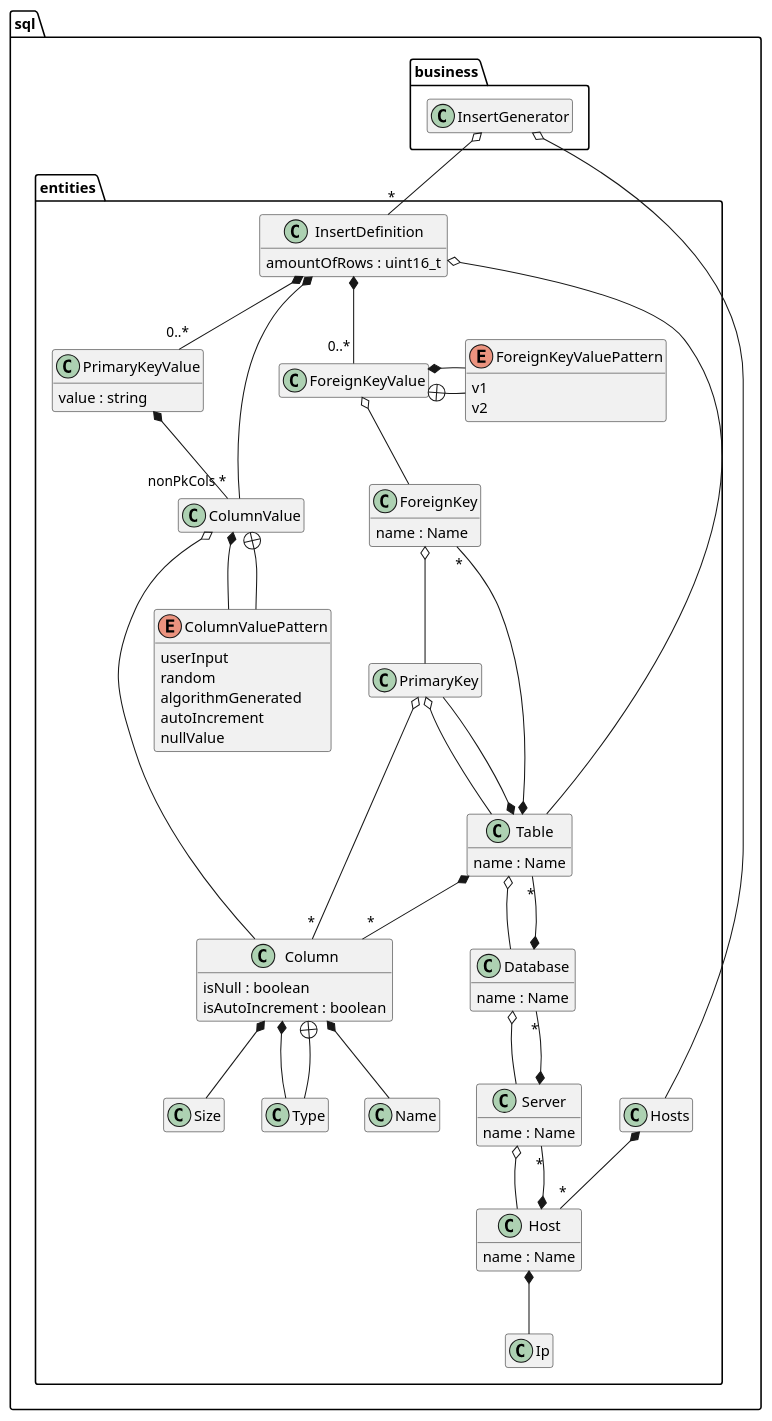
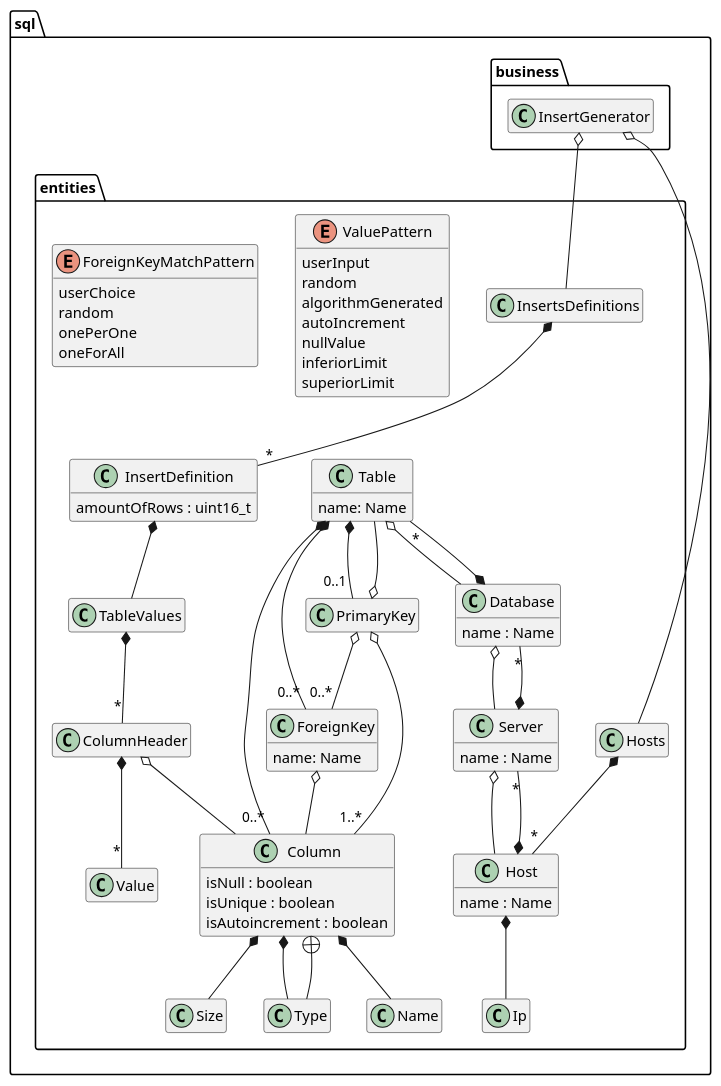
One commit to rodrigocanellas/tenacitas changed the diagram in code/sql/documents/sql.plantuml. Above: the diagram before and after it, drawn with PlantUML. The commit also changed 5 other files, not shown here.

```diff
--- a/code/sql/documents/sql.plantuml
+++ b/code/sql/documents/sql.plantuml
@@ -1,110 +1,112 @@
-	@startuml
+@startuml
 
 hide empty members
 allow_mixing
+' left to right direction
+
 
 namespace  sql {
 
 namespace entities {
 class Size
 class Type
 class Name
-class Column {
+class Column  {
 	isNull : boolean
-	isAutoIncrement : boolean
+	isUnique : boolean
+	isAutoincrement : boolean
 }
-class PrimaryKey
-class ForeignKey {
-	name : Name
+
+class Table  {
+	name: Name
 }
-class Table {
-	name : Name
+
+class PrimaryKey 
+
+class ForeignKey  {
+	name: Name
 }
+
 class Database {
 	name : Name
 }
 class Ip
 class Host {
 	name : Name
 }
 class Server {
 	name : Name
 }
 
+class InsertsDefinitions 
+
 class InsertDefinition {
 	amountOfRows : uint16_t
 }
 
-class PrimaryKeyValue {
-	value : string
-}
-
-
-class ColumnValue {
-	
-}
-
-enum ColumnValuePattern {
+enum ValuePattern {
 	userInput
 	random
 	algorithmGenerated
 	autoIncrement
 	nullValue
+	inferiorLimit
+	superiorLimit 
 }
 
-
-class ForeignKeyValue {
-	
+enum ForeignKeyMatchPattern {
+	userChoice
+	random
+	onePerOne
+	oneForAll
 }
 
-enum ForeignKeyValuePattern {
-	v1
-	v2
-}
+class TableValues
+class ColumnHeader
 
+TableValues *-- "*"  ColumnHeader
+ColumnHeader o-- Column
+ColumnHeader *-- "*" Value
 
-Column *-- Name
-Column *-- Type
-Column *-- Size
+InsertDefinition *-- TableValues
 
-PrimaryKey o-- "*" Column
-PrimaryKey o-- Table
-ForeignKey o-- PrimaryKey
+Table  *-- "0..*" Column
+Table  *-- "0..1" PrimaryKey 
+Table  *-- "0..*" ForeignKey 
+Table o-- Database
 
-Table *-- PrimaryKey
-Table *--  "*" ForeignKey
-Table *-- "*" Column 
-Table o-- Database
+PrimaryKey   o-- Table 
+PrimaryKey  o-- "1..*" Column 
+PrimaryKey  o-- "0..*" ForeignKey 
+
+Column  *-- Type
+Column  +-- Type
+Column  *-- Size
+Column  *-- Name
+
+ForeignKey  o-- Column
+
 Database *-- "*" Table
 Host *-- "*" Server
+Host *-- Ip
 Server *-- "*" Database
-Host *-- Ip
-Column +-- Type
+
 Database o-- Server
+
 Server o-- Host
+
 Hosts *-- "*" Host
-ColumnValue *-- ColumnValuePattern
-ColumnValue +-- ColumnValuePattern
-ColumnValue o-- Column
-InsertDefinition *-- "nonPkCols *" ColumnValue
-InsertDefinition *-- "0..*" PrimaryKeyValue
-InsertDefinition o-- Table
-PrimaryKeyValue *-- ColumnValue
-ForeignKeyValue o-- ForeignKey
-ForeignKeyValue +- ForeignKeyValuePattern
-ForeignKeyValue *-- ForeignKeyValuePattern
-InsertDefinition *-- "0..*" ForeignKeyValue
+
+InsertsDefinitions *-- "*" InsertDefinition
 }
 
 namespace business {
 class InsertGenerator
 
-InsertGenerator o--  "*" sql.entities.InsertDefinition
+InsertGenerator o-- sql.entities.InsertsDefinitions
 InsertGenerator o-- sql.entities.Hosts
 }
-
-
 }
 
 
 @enduml
```
